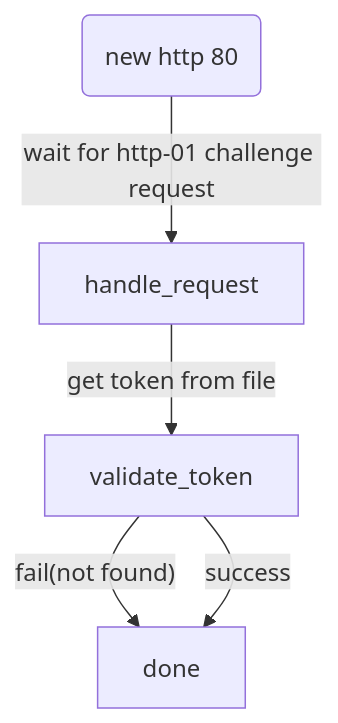
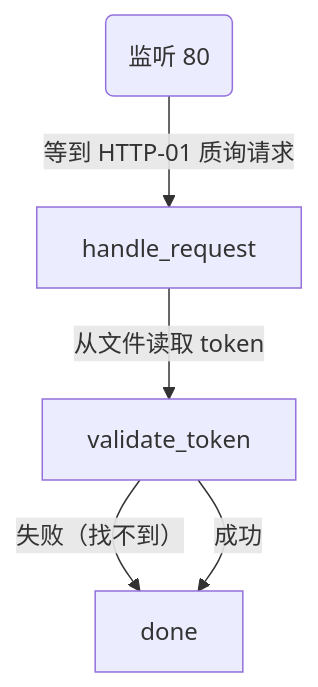
The second of 2 diagrams in docs/zh/guide/acme-flow.md (vicanso/pingap), drawn with Mermaid before and after one commit. The commit also changed other lines of this file and 20 other files, not shown here.

Commit message:
docs: correct steps, examples, and the module graph

````diff
--- a/docs/zh/guide/acme-flow.md
+++ b/docs/zh/guide/acme-flow.md
@@ -26,10 +26,10 @@
 ```mermaid
 graph TD;
-  start("new http 80") -- wait for http-01 challenge request --> handle_request;
+  start("监听 80") -- 等到 HTTP-01 质询请求 --> handle_request;
 
-  handle_request -- get token from file --> validate_token;
+  handle_request -- 从文件读取 token --> validate_token;
 
-  validate_token -- fail(not found) --> done;
+  validate_token -- 失败（找不到） --> done;
 
-  validate_token -- success --> done;
+  validate_token -- 成功 --> done;
 ```
````
